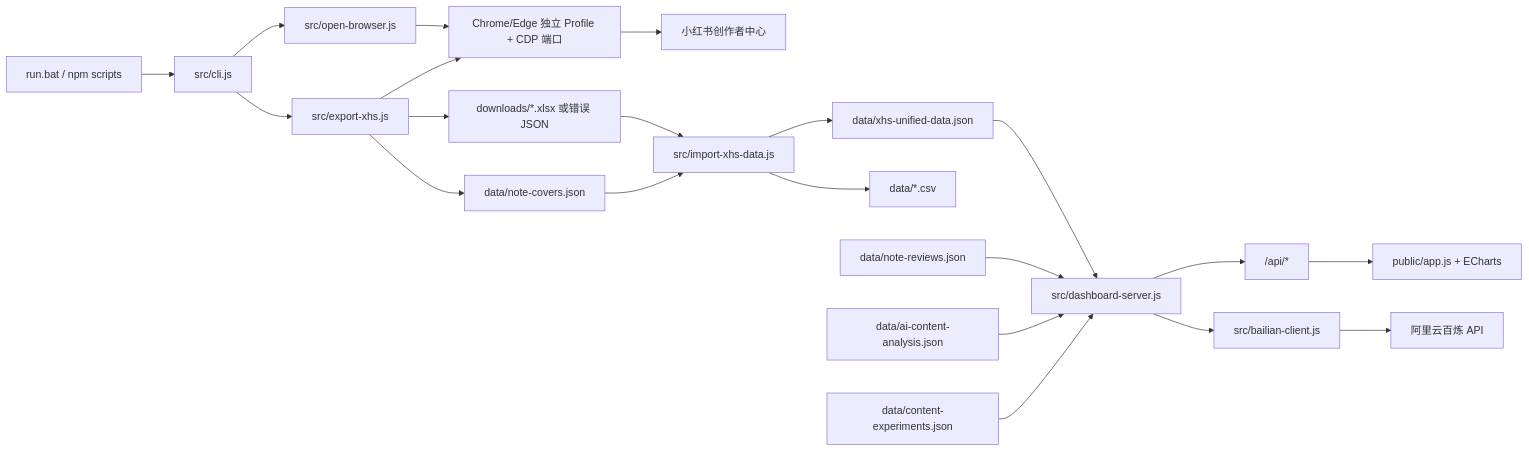
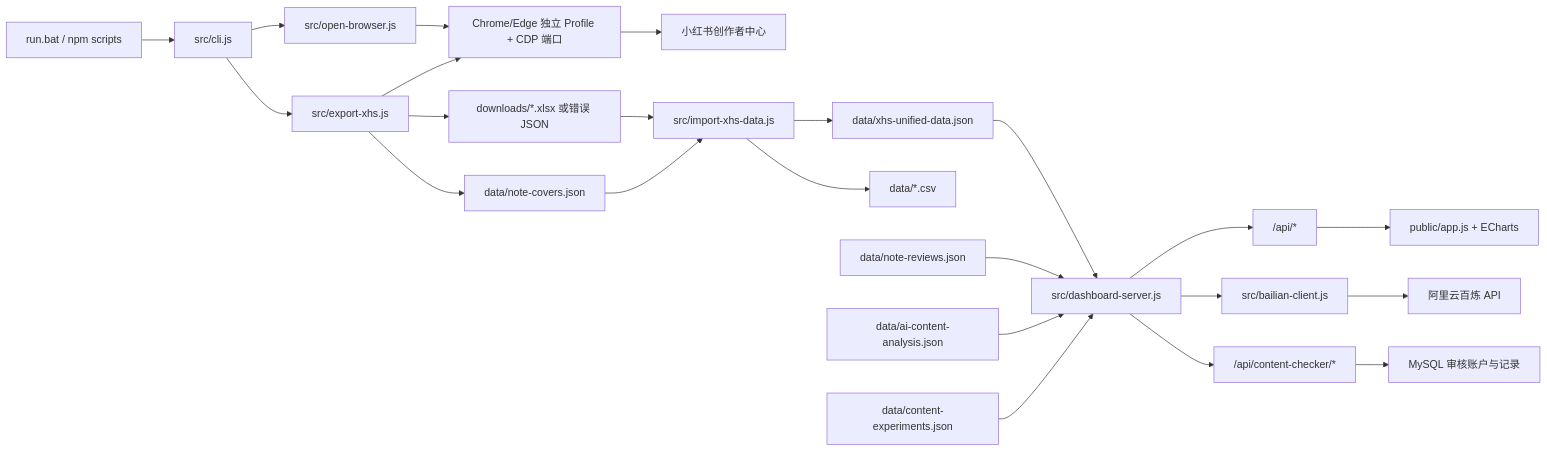
One commit to cloud-hu2000/xhs-data-exporter changed the diagram in docs/PROJECT_STRUCTURE.md. Above: the diagram before and after it, drawn with Mermaid. The commit also changed other lines of this file and 23 other files, not shown here.

````diff
--- a/docs/PROJECT_STRUCTURE.md
+++ b/docs/PROJECT_STRUCTURE.md
@@ -28,23 +28,25 @@
 ```mermaid
 flowchart LR
   A["run.bat / npm scripts"] --> B["src/cli.js"]
   B --> C["src/open-browser.js"]
   B --> D["src/export-xhs.js"]
   C --> E["Chrome/Edge 独立 Profile + CDP 端口"]
   D --> E
   E --> F["小红书创作者中心"]
   D --> G["downloads/*.xlsx 或错误 JSON"]
   D --> H["data/note-covers.json"]
   G --> I["src/import-xhs-data.js"]
   H --> I
   I --> J["data/xhs-unified-data.json"]
   I --> K["data/*.csv"]
   J --> L["src/dashboard-server.js"]
   M["data/note-reviews.json"] --> L
   N["data/ai-content-analysis.json"] --> L
   X["data/content-experiments.json"] --> L
   L --> O["/api/*"]
   O --> P["public/app.js + ECharts"]
   L --> Q["src/bailian-client.js"]
   Q --> R["阿里云百炼 API"]
+  L --> S["/api/content-checker/*"]
+  S --> T["MySQL 审核账户与记录"]
 ```
````
